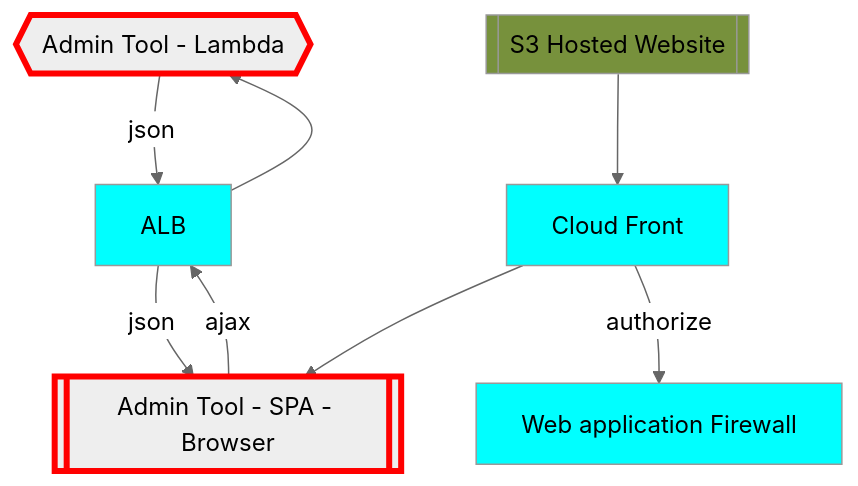
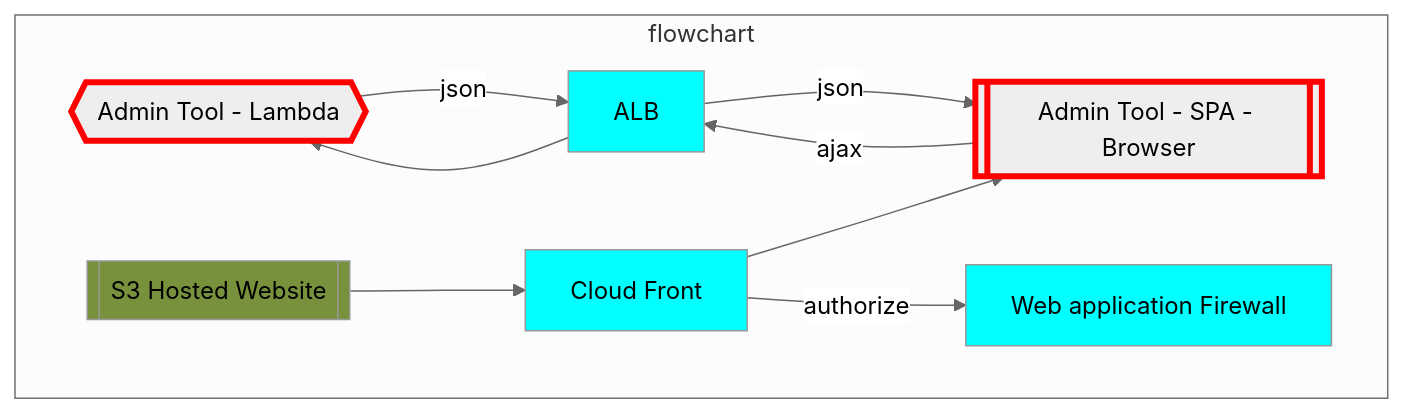
One commit to CDLUC3/mrt-doc changed the diagram in diagrams/admin-spa.mmd. Above: the diagram before and after it, drawn with Mermaid. The commit also changed 34 other files, not shown here.

```diff
--- a/diagrams/admin-spa.mmd
+++ b/diagrams/admin-spa.mmd
@@ -1,22 +1,23 @@
 %%{init: {'theme': 'neutral'}}%%
 graph TD
   ADMIN{{Admin Tool - Lambda}}
   ADMINWEB[[Admin Tool - SPA - Browser]]
   WAF[Web application Firewall]
   CF[Cloud Front]
   S3WEB[[S3 Hosted Website]]
 
-  ALB --> ADMIN
-  ADMIN --> |json| ALB
-  ADMINWEB --> |ajax| ALB
-  ALB --> |json| ADMINWEB
-  CF --> ADMINWEB
-  CF --> |authorize| WAF
-  S3WEB --> CF
-
+  subgraph flowchart
+    ALB --> ADMIN
+    ADMIN --> |json| ALB
+    ADMINWEB --> |ajax| ALB
+    ALB --> |json| ADMINWEB
+    CF --> ADMINWEB
+    CF --> |authorize| WAF
+    S3WEB --> CF
+  end
   style ADMIN stroke:red,stroke-width:4px
   style ADMINWEB stroke:red,stroke-width:4px
   style ALB fill:cyan
   style WAF fill:cyan
   style CF fill:cyan
   style S3WEB fill:#77913C
```
